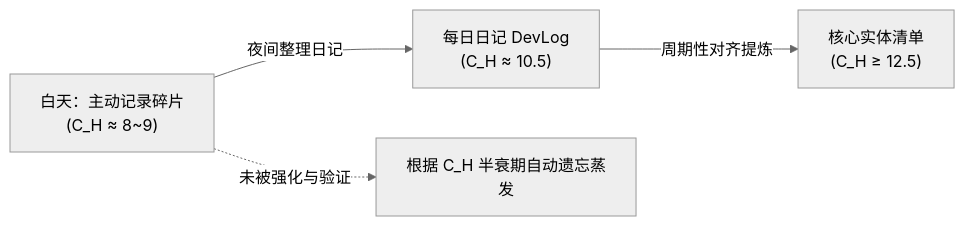
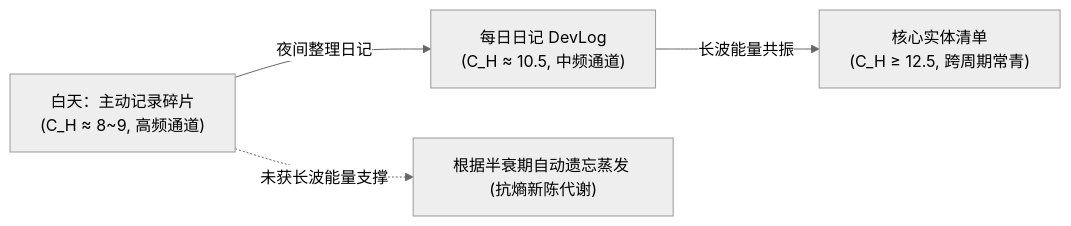
One commit to echo983/constancy-mcp changed the second of 2 diagrams in README.md. Above: the diagram before and after it, drawn with Mermaid (neutral theme). The commit also changed other lines of this file and 1 other file, not shown here.

````diff
--- a/README.md
+++ b/README.md
@@ -85,8 +91,8 @@
 ```mermaid
 graph LR
-    Day["白天：主动记录碎片<br>(C_H ≈ 8~9)"] 
-    -->|夜间整理日记| Night["每日日记 DevLog<br>(C_H ≈ 10.5)"] 
-    -->|周期性对齐提炼| Entity["核心实体清单<br>(C_H ≥ 12.5)"]
+    Day["白天：主动记录碎片<br>(C_H ≈ 8~9, 高频通道)"] 
+    -->|夜间整理日记| Night["每日日记 DevLog<br>(C_H ≈ 10.5, 中频通道)"] 
+    -->|长波能量共振| Entity["核心实体清单<br>(C_H ≥ 12.5, 跨周期常青)"]
     
-    Day -.->|未被强化与验证| Evaporate["根据 C_H 半衰期自动遗忘蒸发"]
+    Day -.->|未获长波能量支撑| Evaporate["根据半衰期自动遗忘蒸发 (抗熵新陈代谢)"]
 ```
````
